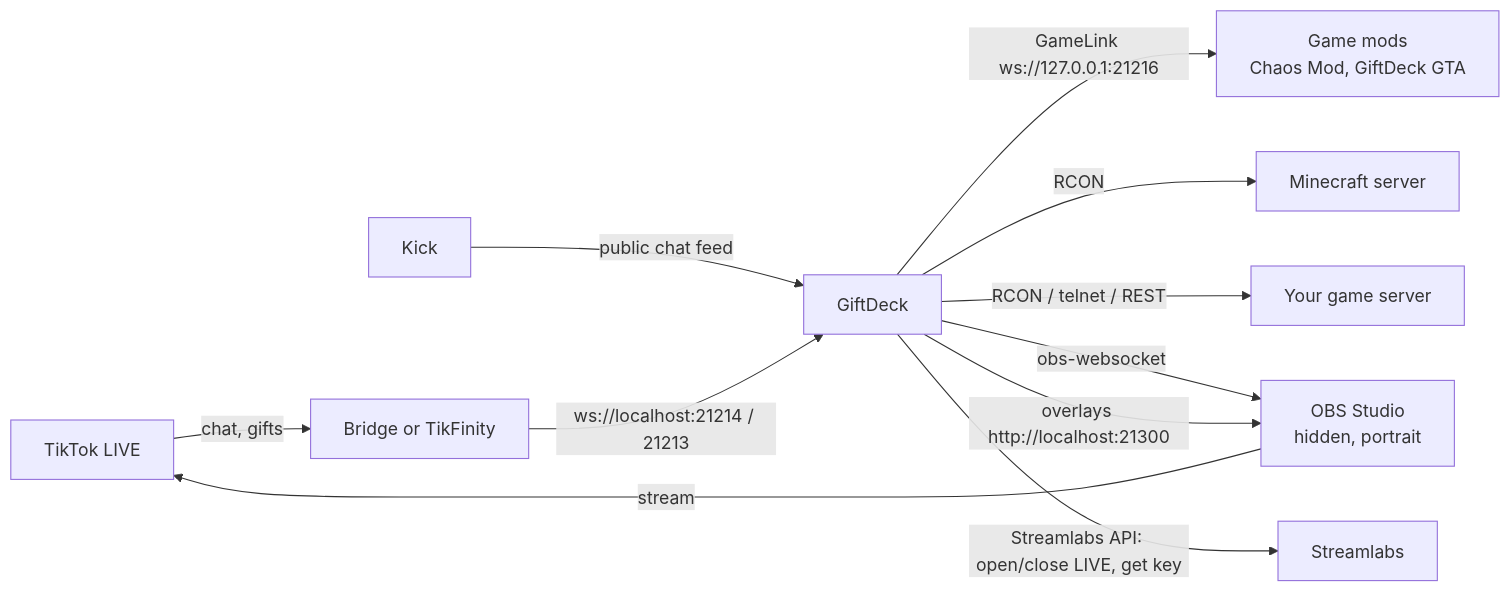
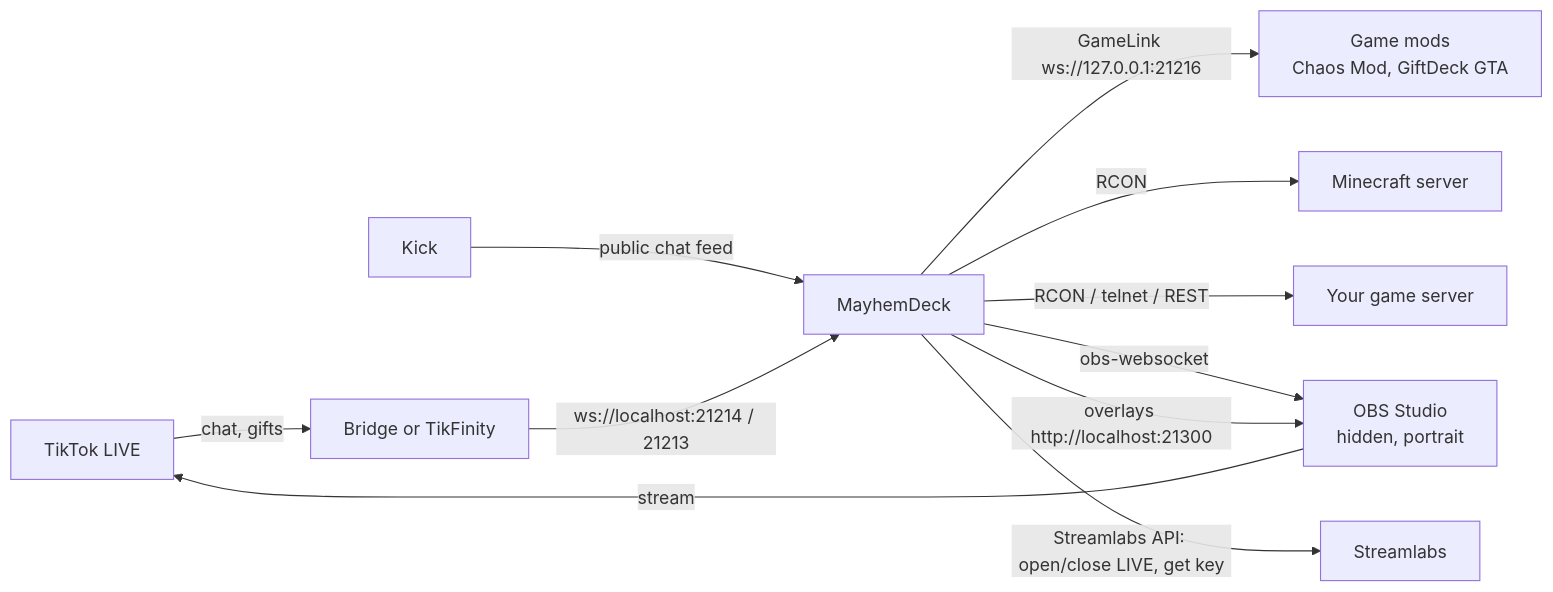
Before and after one commit to Obiwayne/GiftDeck: the diagram in README.md, drawn with Mermaid. The commit also changed other lines of this file and 81 other files, not shown here.

First line of the commit message:
Rename GiftDeck to MayhemDeck; welcome pages on first run

````diff
--- a/README.md
+++ b/README.md
@@ -362,13 +366,13 @@
 ```mermaid
 flowchart LR
     TT[TikTok LIVE] -- chat, gifts --> RD[Bridge or TikFinity]
     KK[Kick] -- public chat feed --> GD
-    RD -- ws://localhost:21214 / 21213 --> GD[GiftDeck]
+    RD -- ws://localhost:21214 / 21213 --> GD[MayhemDeck]
     GD -- GameLink ws://127.0.0.1:21216 --> MODS[Game mods<br/>Chaos Mod, GiftDeck GTA]
     GD -- RCON --> MC[Minecraft server]
     GD -- RCON / telnet / REST --> SRV[Your game server]
     GD -- obs-websocket --> OBS[OBS Studio<br/>hidden, portrait]
     GD -- overlays http://localhost:21300 --> OBS
     GD -- Streamlabs API: open/close LIVE, get key --> SL[Streamlabs]
     OBS -- stream --> TT
 ```
````
